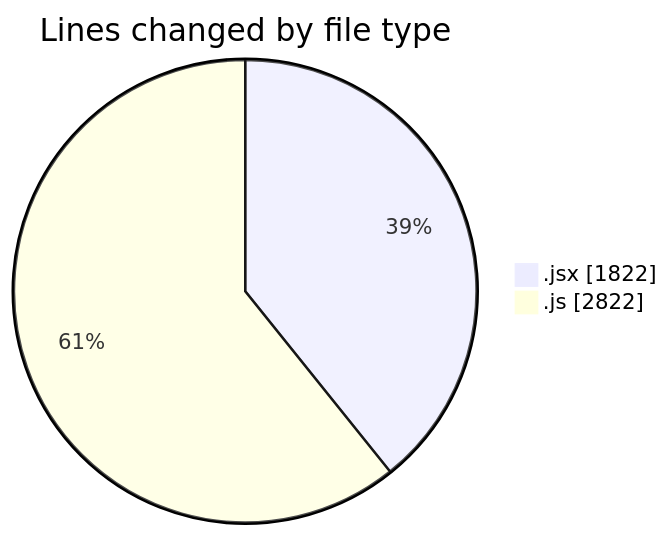
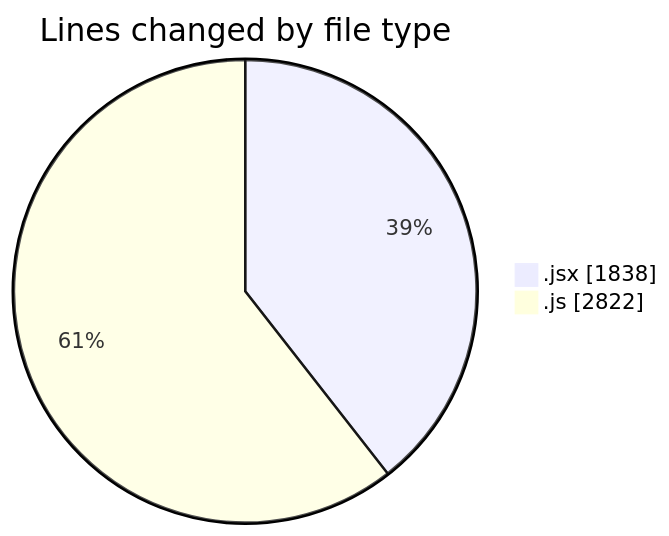
One commit to nxtqubesakshisongat/code-tracking changed the first of 2 diagrams in 2025-11-07/nxtqube_webapp/README.md. Above: the diagram before and after it, drawn with Mermaid. The commit also changed other lines of this file and 1 other file, not shown here.

````diff
--- a/2025-11-07/nxtqube_webapp/README.md
+++ b/2025-11-07/nxtqube_webapp/README.md
@@ -27,6 +27,6 @@
 ```mermaid
 pie showData
 title Lines changed by file type
-".jsx" : 1822
+".jsx" : 1838
 ".js" : 2822
 ```
````
